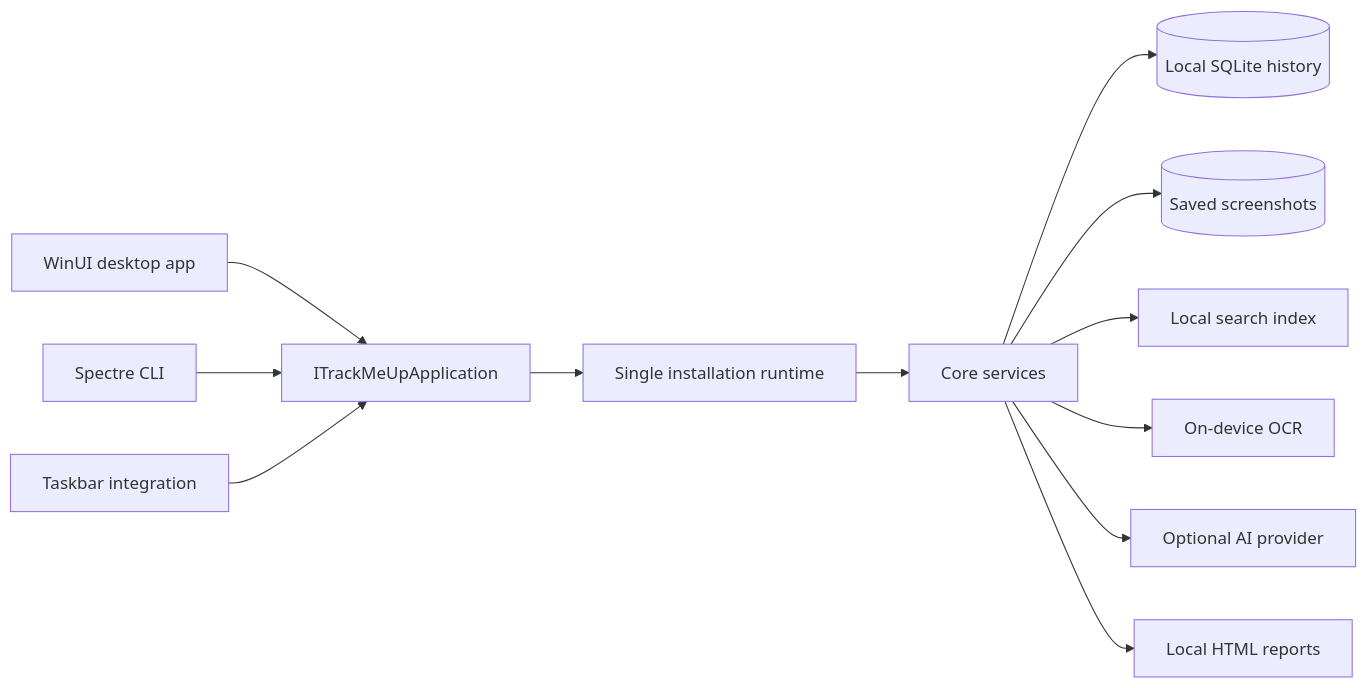
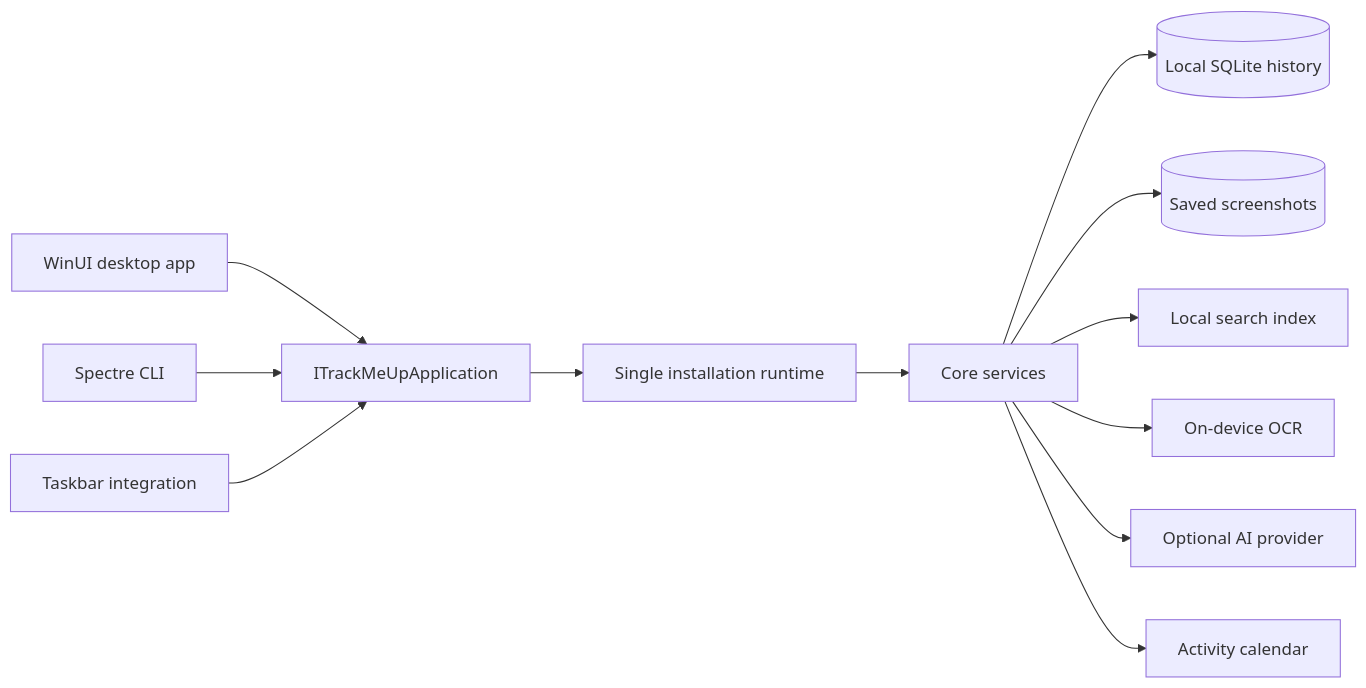
One commit to umbertotechnopreneur/TrackMeUp changed the diagram in docs/ARCHITECTURE.md. Above: the diagram before and after it, drawn with Mermaid. The commit also changed other lines of this file and 162 other files, not shown here.

````diff
--- a/docs/ARCHITECTURE.md
+++ b/docs/ARCHITECTURE.md
@@ -13,14 +13,14 @@
 ```mermaid
 flowchart LR
     WinUI[WinUI desktop app] --> Facade[ITrackMeUpApplication]
     CLI[Spectre CLI] --> Facade
     Taskbar[Taskbar integration] --> Facade
     Facade --> Runtime[Single installation runtime]
     Runtime --> Services[Core services]
     Services --> SQLite[(Local SQLite history)]
     Services --> Captures[(Saved screenshots)]
     Services --> Search[Local search index]
     Services --> OCR[On-device OCR]
     Services --> Provider[Optional AI provider]
-    Services --> Reports[Local HTML reports]
+    Services --> Calendar[Activity calendar]
 ```
````
